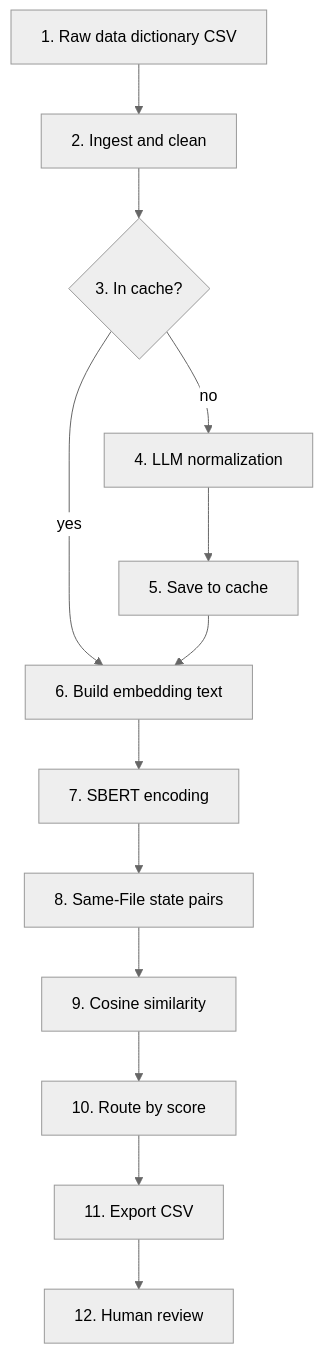
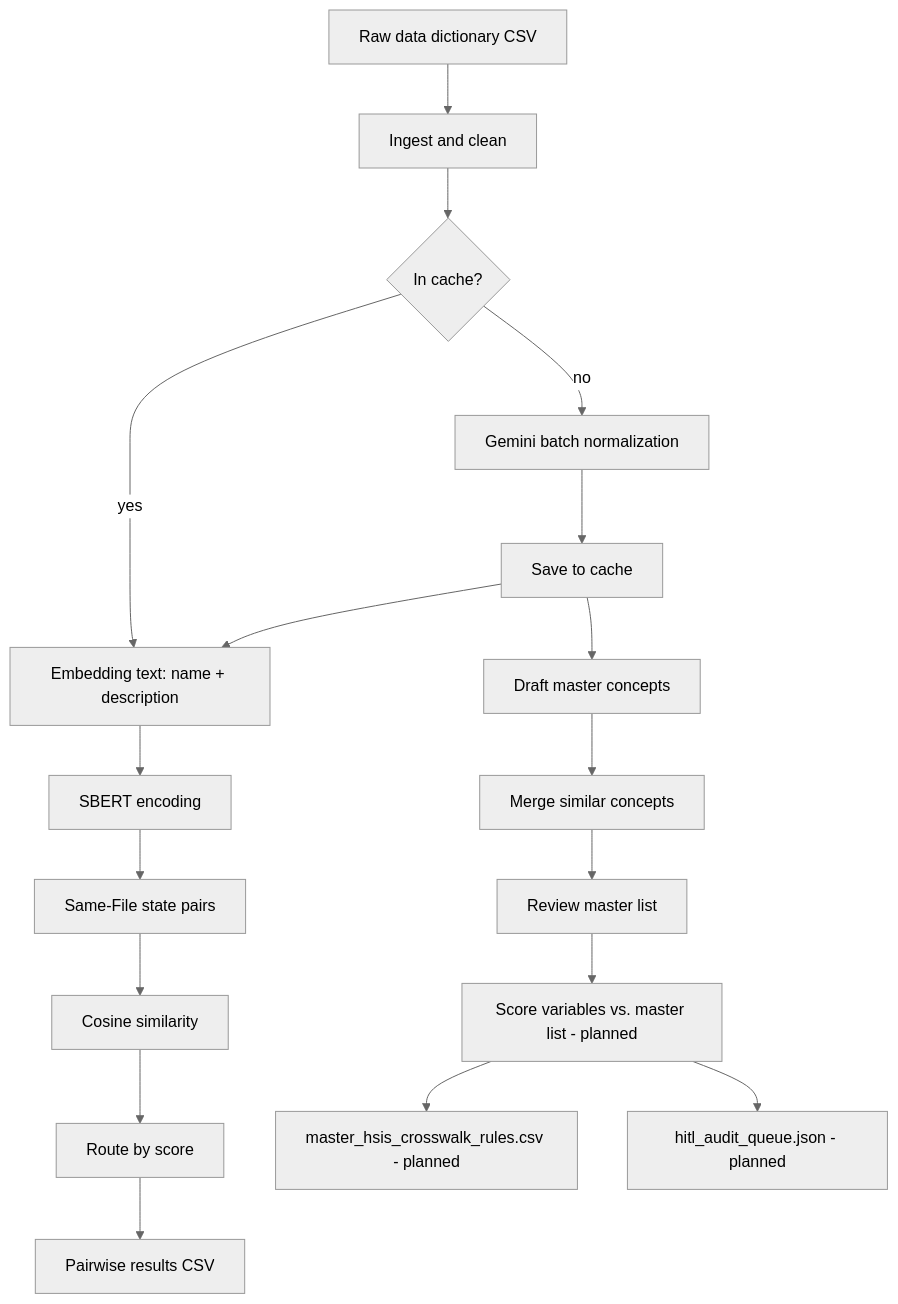
The diagram in README.md (mnewman-ai/hsis-metadata-nlpv2), drawn with Mermaid (neutral theme) before and after one commit. The commit also changed other lines of this file, not shown here.

````diff
--- a/README.md
+++ b/README.md
@@ -22,15 +12,20 @@
 ```mermaid
 flowchart TD
-    A[1. Raw data dictionary CSV] --> B[2. Ingest and clean]
-    B --> C{3. In cache?}
+    A[Raw data dictionary CSV] --> B[Ingest and clean]
+    B --> C{In cache?}
     C -- yes --> F
-    C -- no --> D[4. LLM normalization]
-    D --> E[5. Save to cache]
-    E --> F[6. Build embedding text]
-    F --> G[7. SBERT encoding]
-    G --> H[8. Same-File state pairs]
-    H --> I[9. Cosine similarity]
-    I --> J[10. Route by score]
-    J --> K[11. Export CSV]
-    K --> L[12. Human review]
+    C -- no --> D[Gemini batch normalization]
+    D --> E[Save to cache]
+    E --> F[Embedding text: name + description]
+    F --> G[SBERT encoding]
+    G --> H[Same-File state pairs]
+    H --> I[Cosine similarity]
+    I --> J[Route by score]
+    J --> K[Pairwise results CSV]
+    E --> M[Draft master concepts]
+    M --> N[Merge similar concepts]
+    N --> O[Review master list]
+    O --> P[Score variables vs. master list - planned]
+    P --> Q[master_hsis_crosswalk_rules.csv - planned]
+    P --> R[hitl_audit_queue.json - planned]
 ```
````
